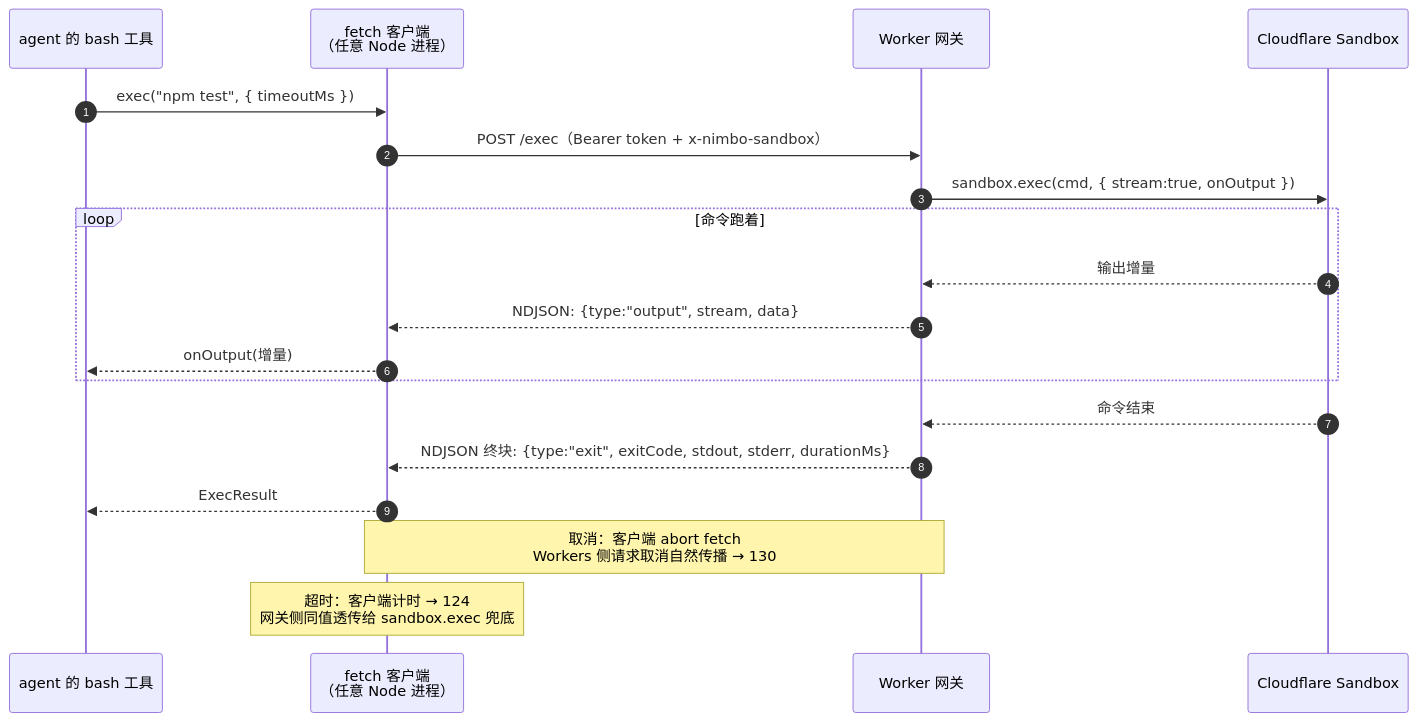
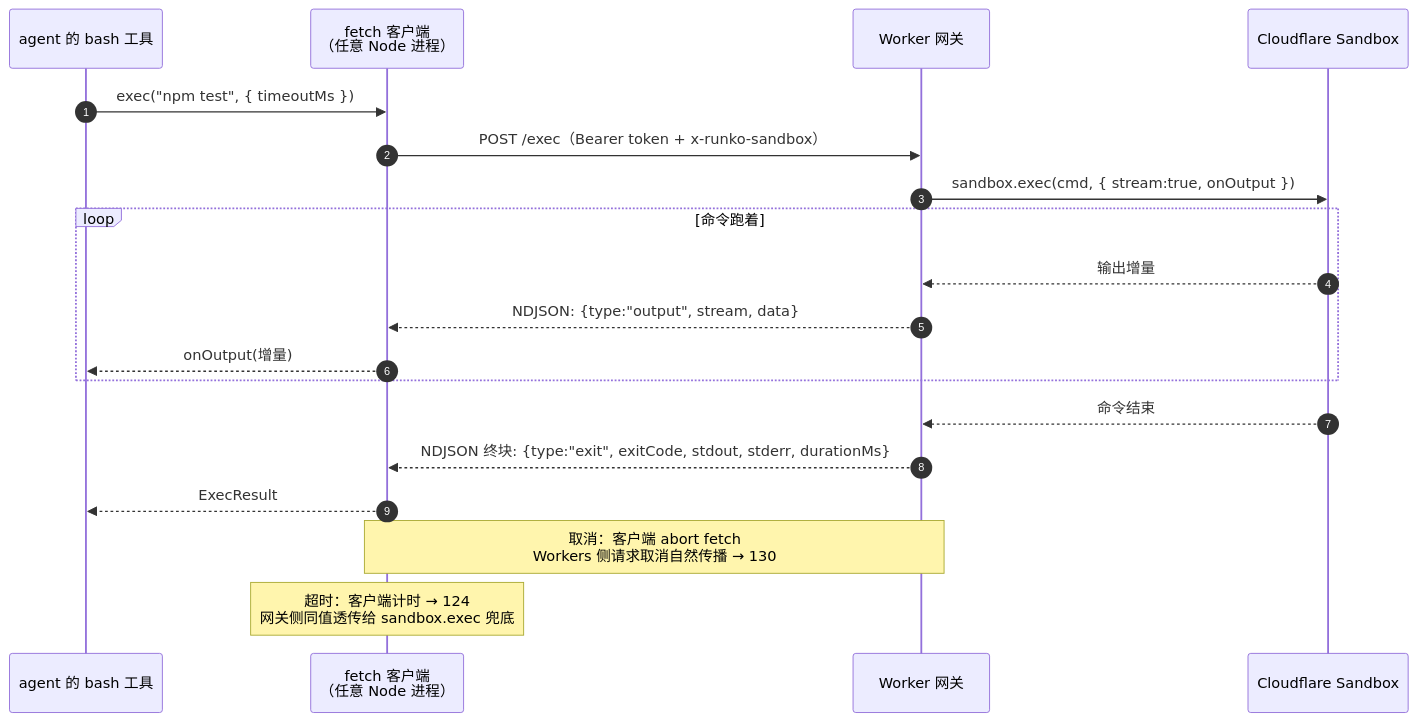
The diagram in docs/host/cloudflare/tech/deployment.md (ludafa/runko), drawn with Mermaid before and after one commit. The commit also changed other lines of this file and 450 other files, not shown here.

First line of the commit message:
refactor: 全仓库改名 nimbo → runko，库表名改用 agent_ 前缀

````diff
--- a/docs/host/cloudflare/tech/deployment.md
+++ b/docs/host/cloudflare/tech/deployment.md
@@ -67,23 +67,23 @@
 ```mermaid
 sequenceDiagram
     autonumber
     participant T as agent 的 bash 工具
     participant C as fetch 客户端<br/>（任意 Node 进程）
     participant G as Worker 网关
     participant S as Cloudflare Sandbox
 
     T->>C: exec("npm test", { timeoutMs })
-    C->>G: POST /exec（Bearer token + x-nimbo-sandbox）
+    C->>G: POST /exec（Bearer token + x-runko-sandbox）
     G->>S: sandbox.exec(cmd, { stream:true, onOutput })
     loop 命令跑着
         S-->>G: 输出增量
         G-->>C: NDJSON: {type:"output", stream, data}
         C-->>T: onOutput(增量)
     end
     S-->>G: 命令结束
     G-->>C: NDJSON 终块: {type:"exit", exitCode, stdout, stderr, durationMs}
     C-->>T: ExecResult
 
     Note over C,G: 取消：客户端 abort fetch<br/>Workers 侧请求取消自然传播 → 130
     Note over C: 超时：客户端计时 → 124<br/>网关侧同值透传给 sandbox.exec 兜底
 ```
````
